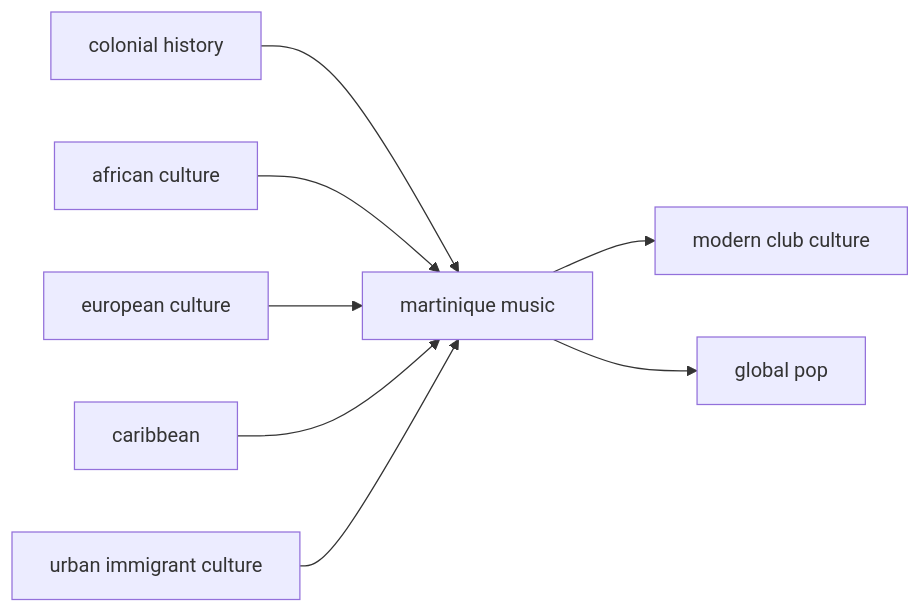
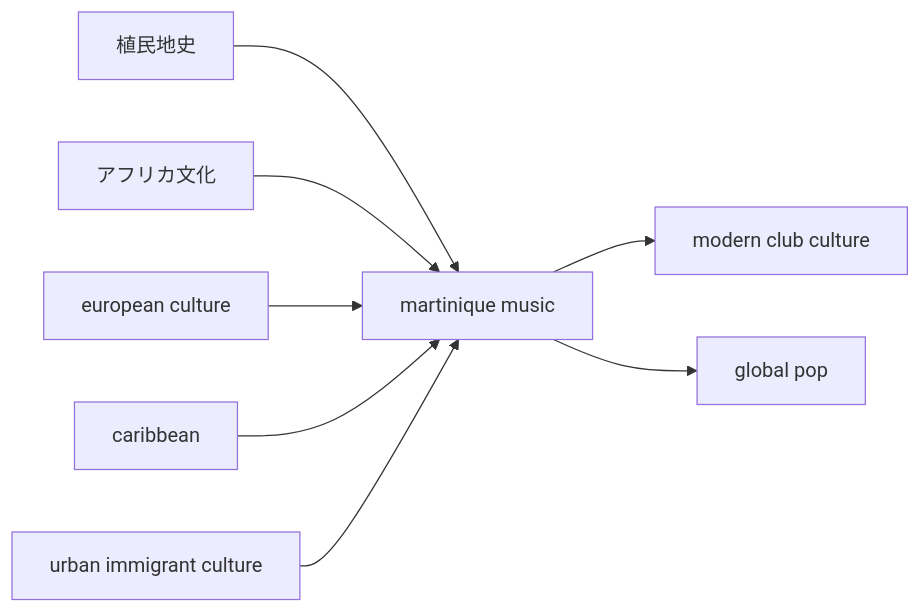
Before and after one commit to monumental-movement/monumental-movement.github.io: diagram 11 of 11 in en/_posts/2026-05-16-column-martinique.md, drawn with Mermaid. The commit also changed other lines of this file and 445 other files, not shown here.

```diff
--- a/en/_posts/2026-05-16-column-martinique.md
+++ b/en/_posts/2026-05-16-column-martinique.md
@@ -477,15 +477,15 @@
 <div class="mermaid">
 flowchart LR
-A[colonial history]
-B[african culture]
+A[植民地史]
+B[アフリカ文化]
 C[european culture]
 D[caribbean]
 E[urban immigrant culture]
 A --> F[martinique music]
 B --> F
 C --> F
 D --> F
 E --> F
 F --> G[modern club culture]
 F --> H[global pop]
 </div>
```
